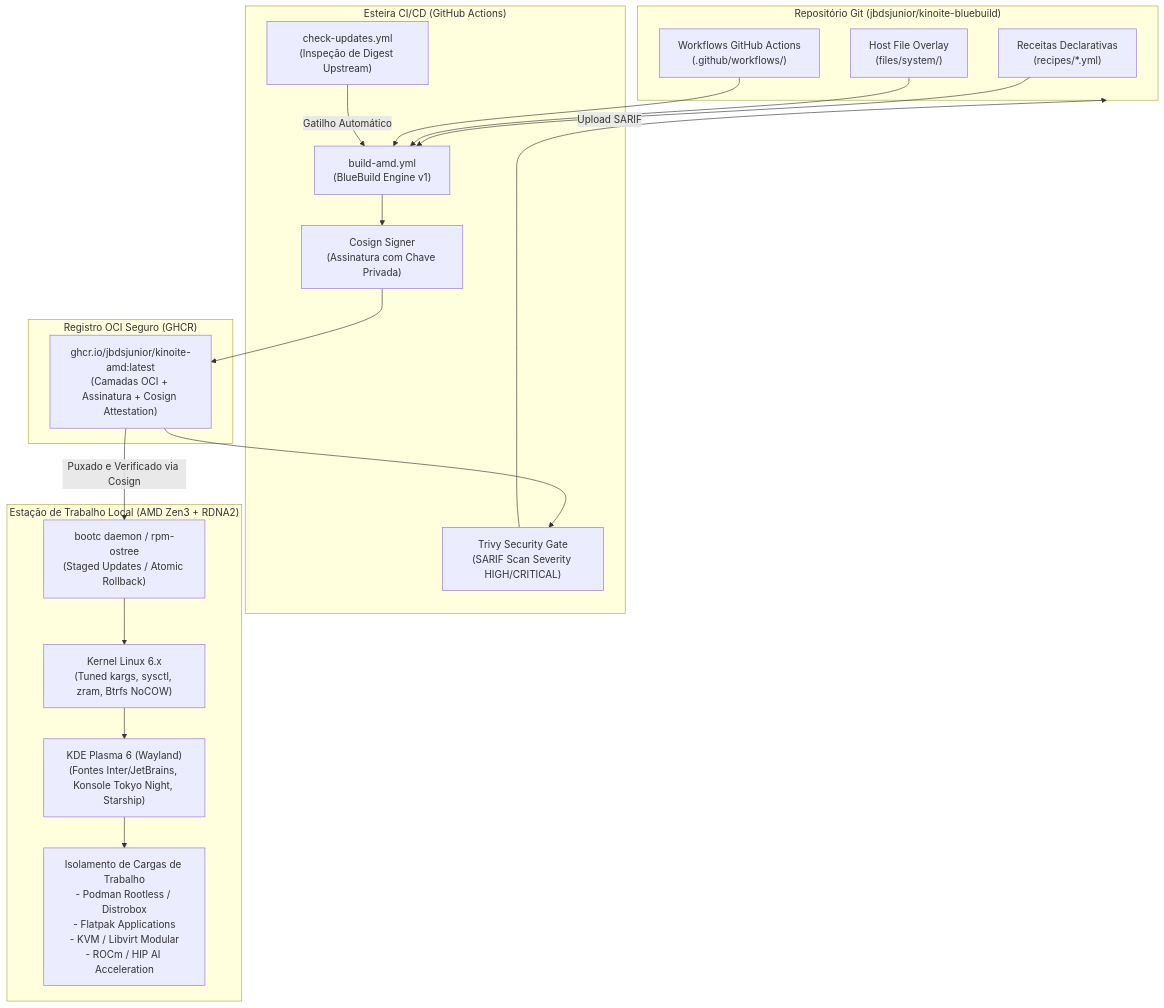
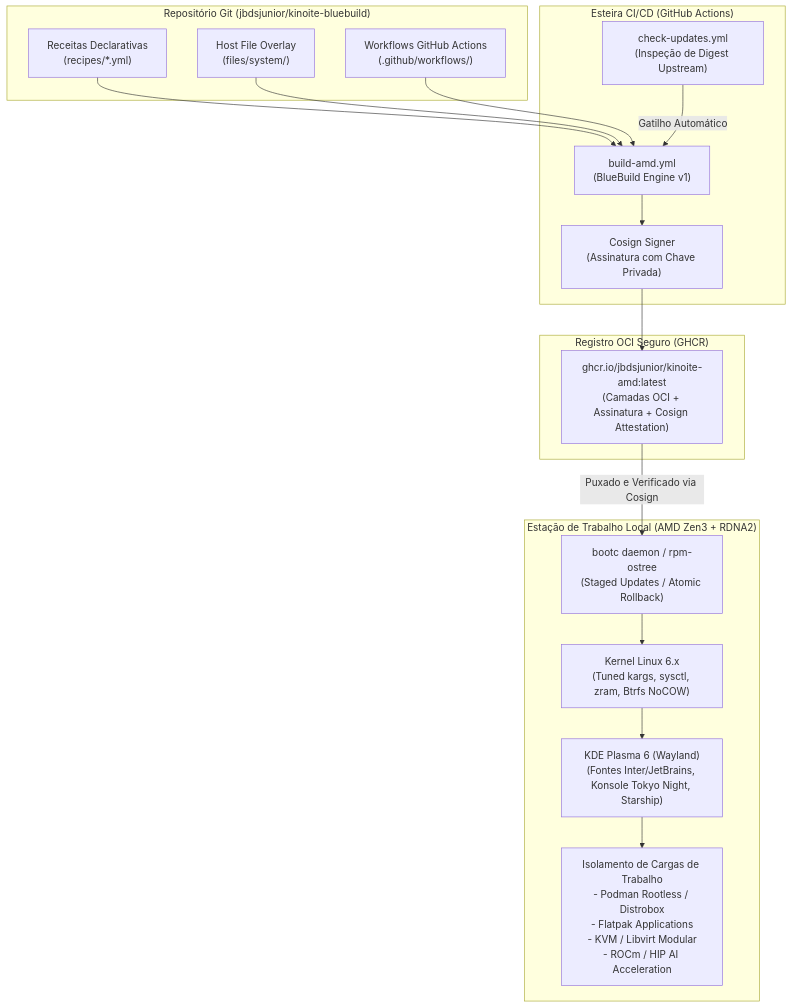
One commit to jbdsjunior/kinoite-bluebuild changed the first of 2 diagrams in docs/TECHNICAL_ARCHITECTURE.md. Above: the diagram before and after it, drawn with Mermaid. The commit also changed other lines of this file and 7 other files, not shown here.

First line of the commit message:
chore: remove security scan, linter, renovate, and unneeded files

````diff
--- a/docs/TECHNICAL_ARCHITECTURE.md
+++ b/docs/TECHNICAL_ARCHITECTURE.md
@@ -72,39 +72,36 @@
 ```mermaid
 flowchart TD
     subgraph GitRepo["Repositório Git (jbdsjunior/kinoite-bluebuild)"]
         RECIPES["Receitas Declarativas\n(recipes/*.yml)"]
         OVERLAY["Host File Overlay\n(files/system/)"]
         WORKFLOWS["Workflows GitHub Actions\n(.github/workflows/)"]
     end
 
     subgraph CICD["Esteira CI/CD (GitHub Actions)"]
         CHECK["check-updates.yml\n(Inspeção de Digest Upstream)"]
         BUILD["build-amd.yml\n(BlueBuild Engine v1)"]
         SIGN["Cosign Signer\n(Assinatura com Chave Privada)"]
-        SCAN["Trivy Security Gate\n(SARIF Scan Severity HIGH/CRITICAL)"]
     end
 
     subgraph Registry["Registro OCI Seguro (GHCR)"]
         OCI_IMG["ghcr.io/jbdsjunior/kinoite-amd:latest\n(Camadas OCI + Assinatura + Cosign Attestation)"]
     end
 
     subgraph WorkstationHost["Estação de Trabalho Local (AMD Zen3 + RDNA2)"]
         BOOTC["bootc daemon / rpm-ostree\n(Staged Updates / Atomic Rollback)"]
         KERNEL["Kernel Linux 6.x\n(Tuned kargs, sysctl, zram, Btrfs NoCOW)"]
         DESKTOP["KDE Plasma 6 (Wayland)\n(Fontes Inter/JetBrains, Konsole Tokyo Night, Starship)"]
         WORKLOADS["Isolamento de Cargas de Trabalho\n- Podman Rootless / Distrobox\n- Flatpak Applications\n- KVM / Libvirt Modular\n- ROCm / HIP AI Acceleration"]
     end
 
     RECIPES --> BUILD
     OVERLAY --> BUILD
     WORKFLOWS --> BUILD
     CHECK -->|Gatilho Automático| BUILD
     BUILD --> SIGN
     SIGN --> OCI_IMG
-    OCI_IMG --> SCAN
-    SCAN -->|Upload SARIF| GitRepo
     OCI_IMG -->|Puxado e Verificado via Cosign| BOOTC
     BOOTC --> KERNEL
     KERNEL --> DESKTOP
     DESKTOP --> WORKLOADS
 ```
````
